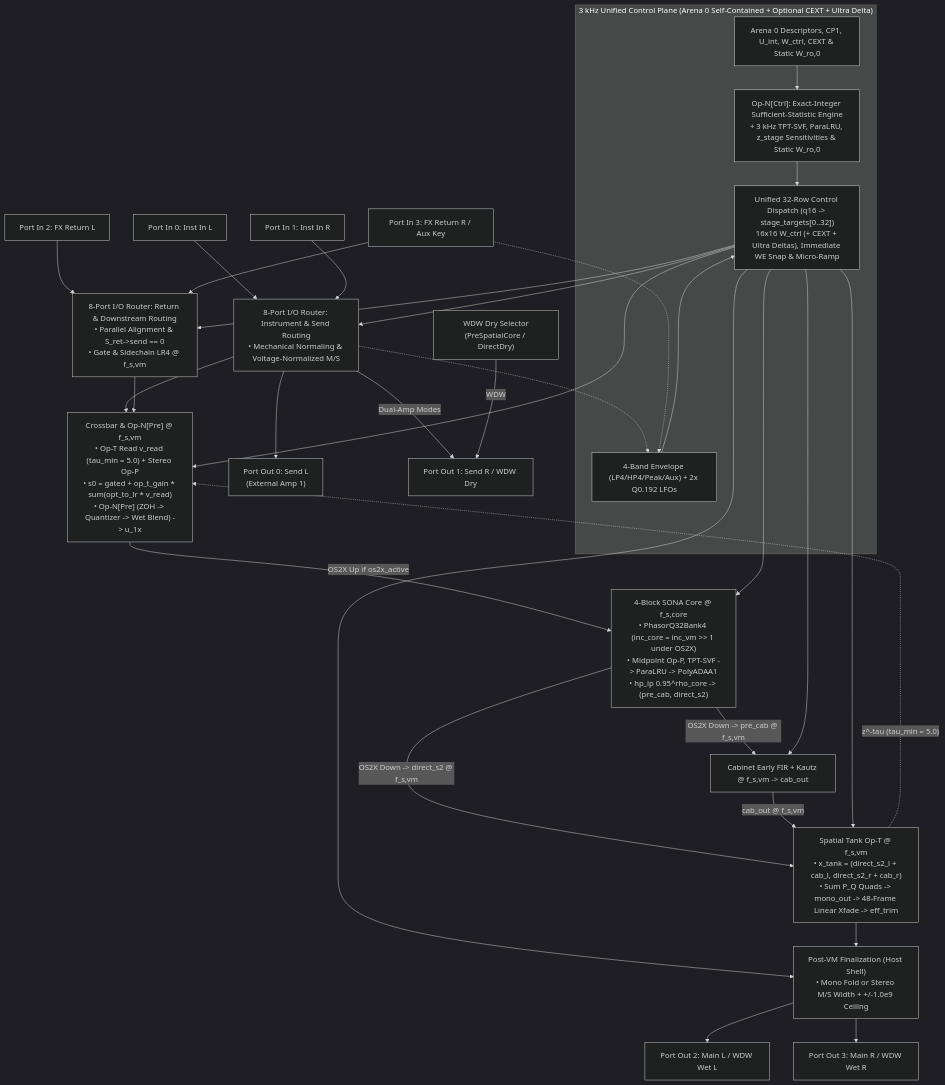
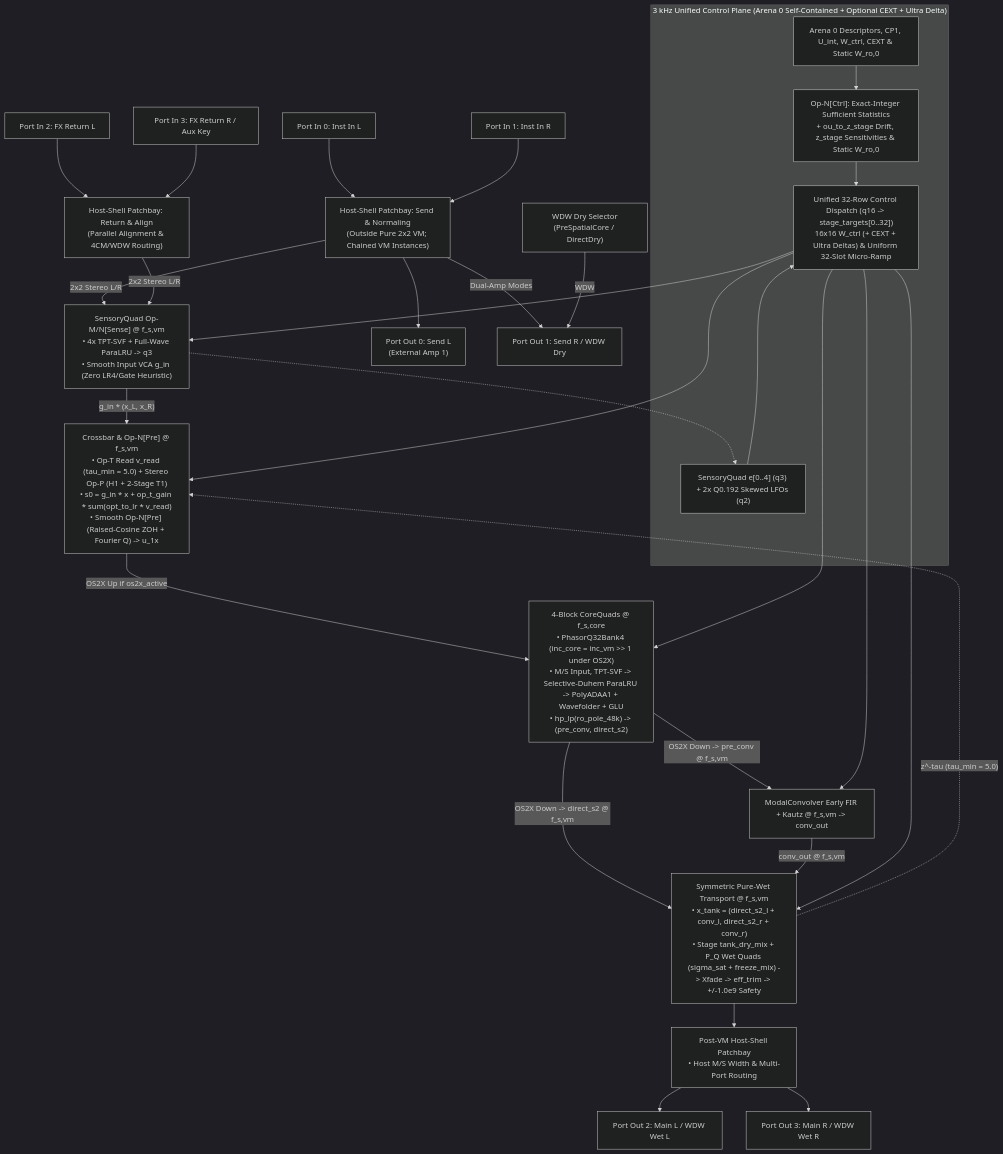
One commit to mokugen/dnam changed the diagram in docs/specs/dsp/router_and_crossbar_topology.md. Above: the diagram before and after it, drawn with Mermaid (dark theme). The commit also changed other lines of this file and 26 other files, not shown here.

Commit message:
docs(specs): M10a pure 2x2 SONA VM boundary, Upgrades 1-6, and operator-neutral terminology

````diff
--- a/docs/specs/dsp/router_and_crossbar_topology.md
+++ b/docs/specs/dsp/router_and_crossbar_topology.md
@@ -38,29 +38,30 @@
 ```mermaid
 flowchart TD
     subgraph ControlPlaneGroup ["3 kHz Unified Control Plane (Arena 0 Self-Contained + Optional CEXT + Ultra Delta)"]
-        CtrlSrc["Arena 0 Descriptors, CP1, U_int, W_ctrl, CEXT & Static W_ro,0"] --> OpN["Op-N[Ctrl]: Exact-Integer Sufficient-Statistic Engine<br/>+ 3 kHz TPT-SVF, ParaLRU, z_stage Sensitivities & Static W_ro,0"]
-        EnvLfo["4-Band Envelope (LP4/HP4/Peak/Aux) + 2x Q0.192 LFOs"] --> CtrlDispatch["Unified 32-Row Control Dispatch (q16 -> stage_targets[0..32])<br/>16x16 W_ctrl (+ CEXT + Ultra Deltas), Immediate WE Snap & Micro-Ramp"]
+        CtrlSrc["Arena 0 Descriptors, CP1, U_int, W_ctrl, CEXT & Static W_ro,0"] --> OpN["Op-N[Ctrl]: Exact-Integer Sufficient Statistics<br/>+ ou_to_z_stage Drift, z_stage Sensitivities & Static W_ro,0"]
+        EnvLfo["SensoryQuad e[0..4] (q3) + 2x Q0.192 Skewed LFOs (q2)"] --> CtrlDispatch["Unified 32-Row Control Dispatch (q16 -> stage_targets[0..32])<br/>16x16 W_ctrl (+ CEXT + Ultra Deltas) & Uniform 32-Slot Micro-Ramp"]
         OpN --> CtrlDispatch
     end
 
-    In0["Port In 0: Inst In L"] & In1["Port In 1: Inst In R"] --> PreRouter["8-Port I/O Router: Instrument & Send Routing<br/>• Mechanical Normaling & Voltage-Normalized M/S"]
-    In2["Port In 2: FX Return L"] & In3["Port In 3: FX Return R / Aux Key"] --> DownRouter["8-Port I/O Router: Return & Downstream Routing<br/>• Parallel Alignment & S_ret->send == 0<br/>• Gate & Sidechain LR4 @ f_s,vm"]
-    PreRouter & In3 -.-> EnvLfo
+    In0["Port In 0: Inst In L"] & In1["Port In 1: Inst In R"] --> PreRouter["Host-Shell Patchbay: Send & Normaling<br/>(Outside Pure 2x2 VM; Chained VM Instances)"]
+    In2["Port In 2: FX Return L"] & In3["Port In 3: FX Return R / Aux Key"] --> DownRouter["Host-Shell Patchbay: Return & Align<br/>(Parallel Alignment & 4CM/WDW Routing)"]
 
     PreRouter --> Out0["Port Out 0: Send L<br/>(External Amp 1)"]
     PreRouter -->|"Dual-Amp Modes"| Out1["Port Out 1: Send R / WDW Dry"]
     DryTap["WDW Dry Selector<br/>(PreSpatialCore / DirectDry)"] -->|"WDW"| Out1
 
-    PreRouter & DownRouter --> Crossbar["Crossbar & Op-N[Pre] @ f_s,vm<br/>• Op-T Read v_read (tau_min = 5.0) + Stereo Op-P<br/>• s0 = gated + op_t_gain * sum(opt_to_lr * v_read)<br/>• Op-N[Pre] (ZOH -> Quantizer -> Wet Blend) -> u_1x"]
-    Crossbar -->|"OS2X Up if os2x_active"| Core["4-Block SONA Core @ f_s,core<br/>• PhasorQ32Bank4 (inc_core = inc_vm >> 1 under OS2X)<br/>• Midpoint Op-P, TPT-SVF -> ParaLRU -> PolyADAA1<br/>• hp_lp 0.95^rho_core -> (pre_cab, direct_s2)"]
-    Core -->|"OS2X Down -> pre_cab @ f_s,vm"| Cab["Cabinet Early FIR + Kautz @ f_s,vm -> cab_out"]
-    Core -->|"OS2X Down -> direct_s2 @ f_s,vm"| Tank["Spatial Tank Op-T @ f_s,vm<br/>• x_tank = (direct_s2_l + cab_l, direct_s2_r + cab_r)<br/>• Sum P_Q Quads -> mono_out -> 48-Frame Linear Xfade -> eff_trim"]
-    Cab -->|"cab_out @ f_s,vm"| Tank
+    PreRouter & DownRouter -->|"2x2 Stereo L/R"| Sense["SensoryQuad Op-M/N[Sense] @ f_s,vm<br/>• 4x TPT-SVF + Full-Wave ParaLRU -> q3<br/>• Smooth Input VCA g_in (Zero LR4/Gate Heuristic)"]
+    Sense -.-> EnvLfo
+    Sense -->|"g_in * (x_L, x_R)"| Crossbar["Crossbar & Op-N[Pre] @ f_s,vm<br/>• Op-T Read v_read (tau_min = 5.0) + Stereo Op-P (H1 + 2-Stage T1)<br/>• s0 = g_in * x + op_t_gain * sum(opt_to_lr * v_read)<br/>• Smooth Op-N[Pre] (Raised-Cosine ZOH + Fourier Q) -> u_1x"]
+    Crossbar -->|"OS2X Up if os2x_active"| Core["4-Block CoreQuads @ f_s,core<br/>• PhasorQ32Bank4 (inc_core = inc_vm >> 1 under OS2X)<br/>• M/S Input, TPT-SVF -> Selective-Duhem ParaLRU -> PolyADAA1 + Wavefolder + GLU<br/>• hp_lp(ro_pole_48k) -> (pre_conv, direct_s2)"]
+    Core -->|"OS2X Down -> pre_conv @ f_s,vm"| Conv["ModalConvolver Early FIR + Kautz @ f_s,vm -> conv_out"]
+    Core -->|"OS2X Down -> direct_s2 @ f_s,vm"| Tank["Symmetric Pure-Wet Transport @ f_s,vm<br/>• x_tank = (direct_s2_l + conv_l, direct_s2_r + conv_r)<br/>• Stage tank_dry_mix + P_Q Wet Quads (sigma_sat + freeze_mix) -> Xfade -> eff_trim -> +/-1.0e9 Safety"]
+    Conv -->|"conv_out @ f_s,vm"| Tank
 
-    CtrlDispatch --> PreRouter & DownRouter & Crossbar & Core & Cab & Tank & DirectOut
+    CtrlDispatch --> Sense & Crossbar & Core & Conv & Tank
 
-    Tank --> DirectOut["Post-VM Finalization (Host Shell)<br/>• Mono Fold or Stereo M/S Width + +/-1.0e9 Ceiling"]
+    Tank --> DirectOut["Post-VM Host-Shell Patchbay<br/>• Host M/S Width & Multi-Port Routing"]
     Tank -. "z^-tau (tau_min = 5.0)" .-> Crossbar
     DirectOut --> Out2["Port Out 2: Main L / WDW Wet L"]
     DirectOut --> Out3["Port Out 3: Main R / WDW Wet R"]
 ```
````
